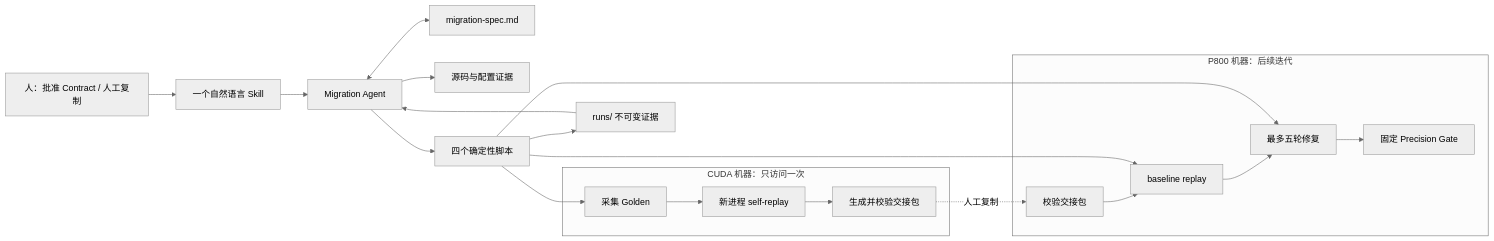
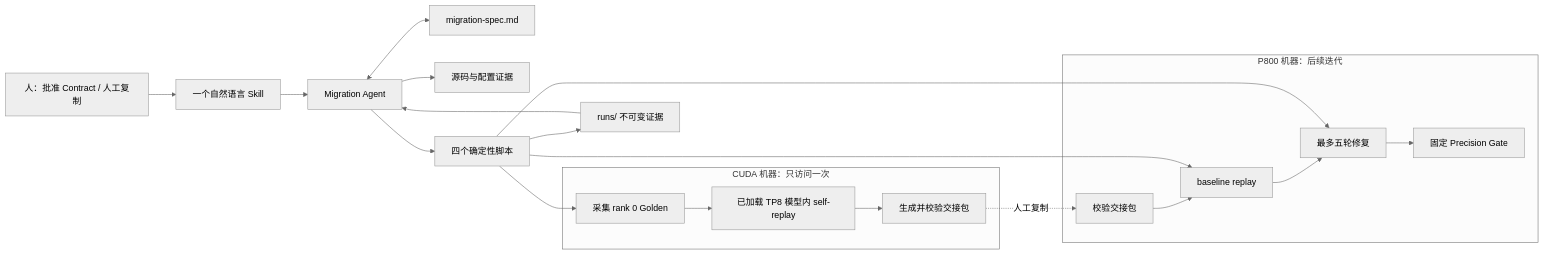
The diagram in outputs/step3p7-p800-migration-tool-design.md (sdh1014/model-adaptation-agents), drawn with Mermaid (neutral theme) before and after one commit. The commit also changed other lines of this file and 37 other files, not shown here.

````diff
--- a/outputs/step3p7-p800-migration-tool-design.md
+++ b/outputs/step3p7-p800-migration-tool-design.md
@@ -77,26 +78,26 @@
 ```mermaid
 flowchart LR
     H["人：批准 Contract / 人工复制"] --> S["一个自然语言 Skill"]
     S --> A["Migration Agent"]
     A <--> M["migration-spec.md"]
     A --> C["源码与配置证据"]
     A --> T["四个确定性脚本"]
     T --> R["runs/ 不可变证据"]
     R --> A
 
     subgraph CUDA["CUDA 机器：只访问一次"]
-      CG["采集 Golden"] --> SR["新进程 self-replay"]
+      CG["采集 rank 0 Golden"] --> SR["已加载 TP8 模型内 self-replay"]
       SR --> HB["生成并校验交接包"]
     end
 
     subgraph P800["P800 机器：后续迭代"]
       BV["校验交接包"] --> BL["baseline replay"]
       BL --> RP["最多五轮修复"]
       RP --> PG["固定 Precision Gate"]
     end
 
     T --> CG
     HB -. "人工复制" .-> BV
     T --> BL
     T --> RP
 ```
````
